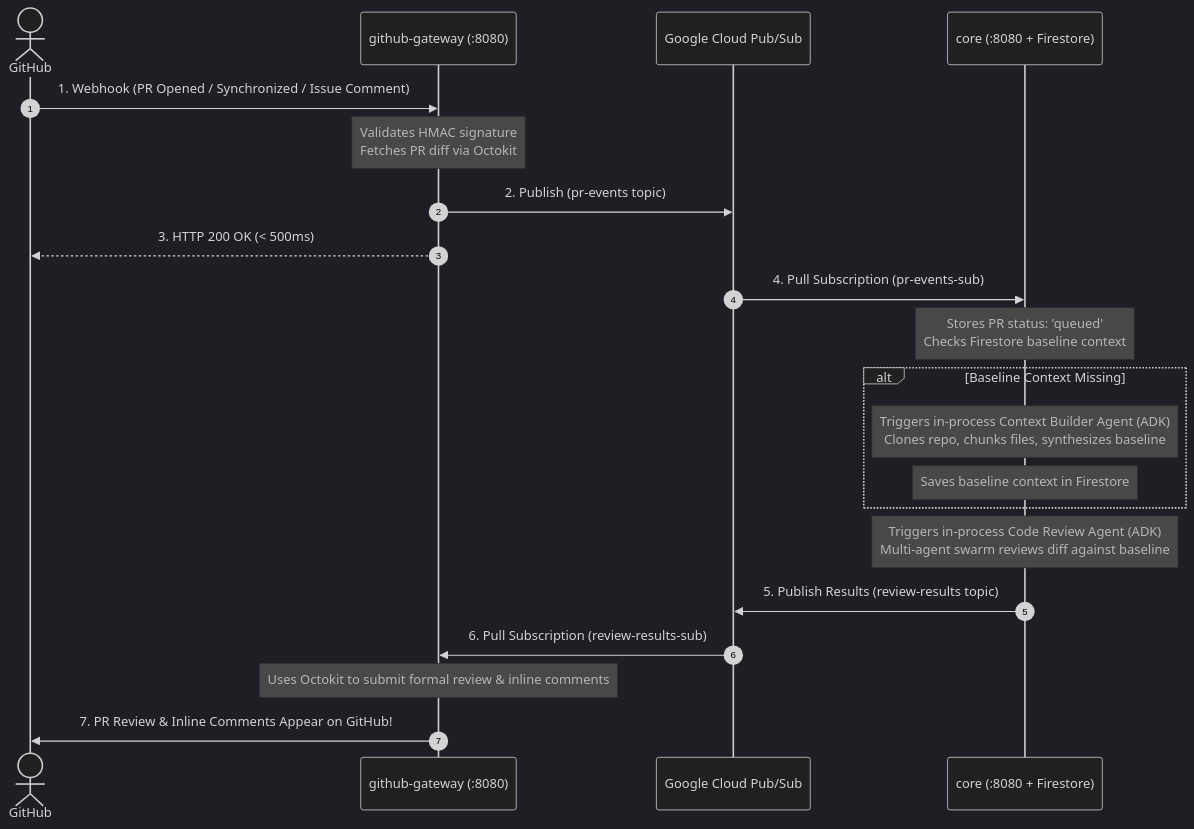
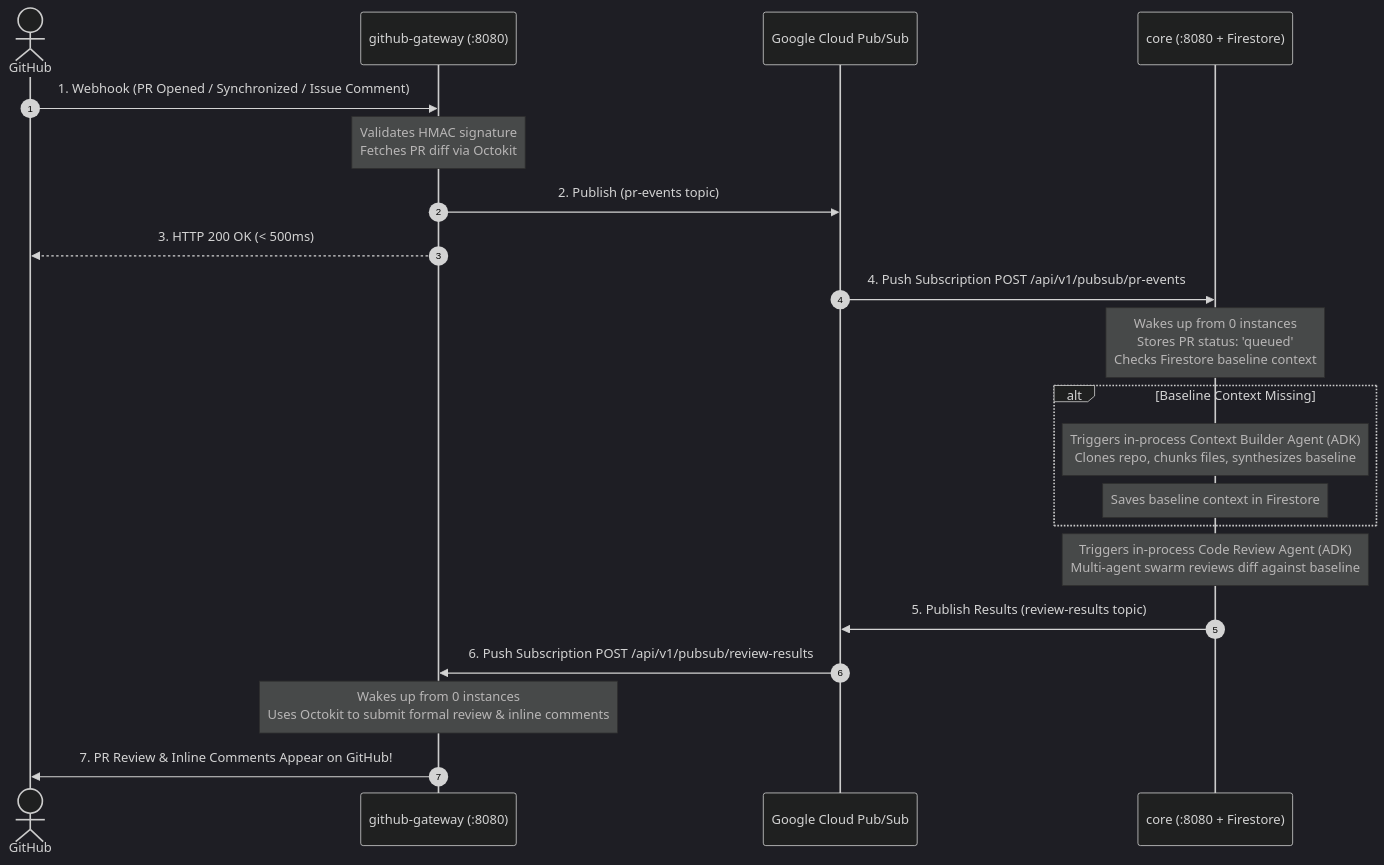
Before and after one commit to usermeme/code-review-agent: the diagram in README.md, drawn with Mermaid (dark theme). The commit also changed other lines of this file and 18 other files, not shown here.

Commit message:
feat(pubsub): support Pub/Sub push subscriptions for serverless scale-to-zero wake-up

````diff
--- a/README.md
+++ b/README.md
@@ -23,31 +23,31 @@
 ```mermaid
 sequenceDiagram
     autonumber
     actor GitHub
     participant GW as github-gateway (:8080)
     participant Bus as Google Cloud Pub/Sub
     participant Core as core (:8080 + Firestore)
 
     %% 1. Ingress
     GitHub->>GW: 1. Webhook (PR Opened / Synchronized / Issue Comment)
     Note over GW: Validates HMAC signature<br/>Fetches PR diff via Octokit
     GW->>Bus: 2. Publish (pr-events topic)
     GW-->>GitHub: 3. HTTP 200 OK (< 500ms)
 
     %% 2. Orchestration & Agents (In-process)
-    Bus->>Core: 4. Pull Subscription (pr-events-sub)
-    Note over Core: Stores PR status: 'queued'<br/>Checks Firestore baseline context
+    Bus->>Core: 4. Push Subscription POST /api/v1/pubsub/pr-events
+    Note over Core: Wakes up from 0 instances<br/>Stores PR status: 'queued'<br/>Checks Firestore baseline context
     alt Baseline Context Missing
         Note over Core: Triggers in-process Context Builder Agent (ADK)<br/>Clones repo, chunks files, synthesizes baseline
         Note over Core: Saves baseline context in Firestore
     end
 
     %% 3. Code Review
     Note over Core: Triggers in-process Code Review Agent (ADK)<br/>Multi-agent swarm reviews diff against baseline
 
     %% 4. Review Completion & Egress
     Core->>Bus: 5. Publish Results (review-results topic)
-    Bus->>GW: 6. Pull Subscription (review-results-sub)
-    Note over GW: Uses Octokit to submit formal review & inline comments
+    Bus->>GW: 6. Push Subscription POST /api/v1/pubsub/review-results
+    Note over GW: Wakes up from 0 instances<br/>Uses Octokit to submit formal review & inline comments
     GW->>GitHub: 7. PR Review & Inline Comments Appear on GitHub!
 ```
````
